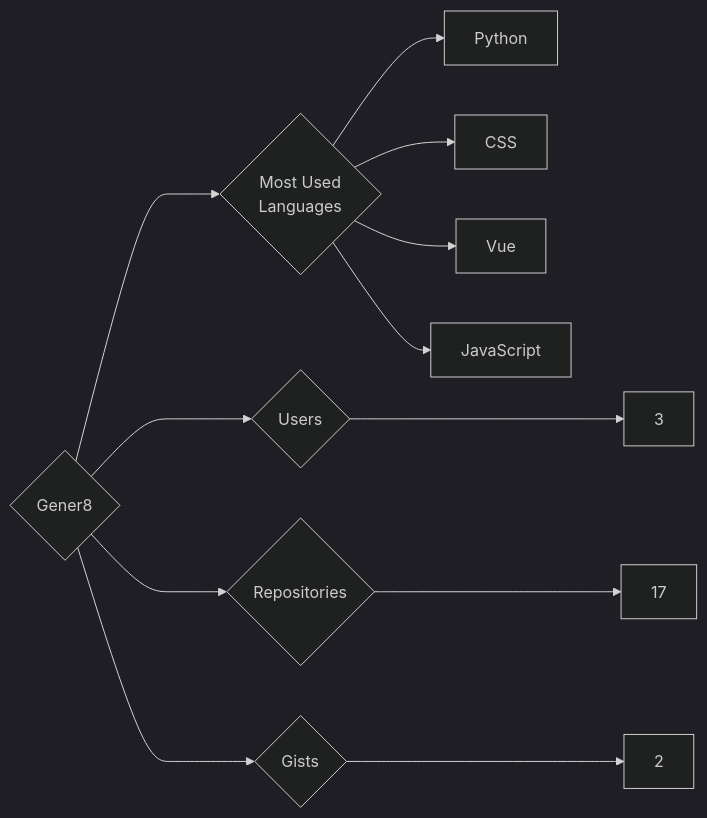
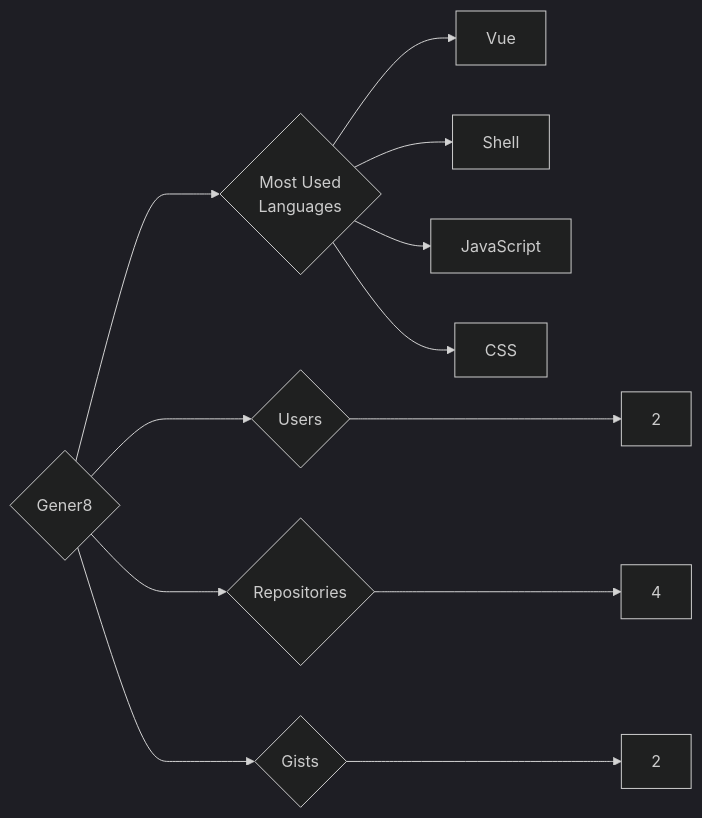
One commit to trickest/insiders changed the diagram in targets/Gener8/README.md. Above: the diagram before and after it, drawn with Mermaid (dark theme). The commit also changed 1023 other files, not shown here.

````diff
--- a/targets/Gener8/README.md
+++ b/targets/Gener8/README.md
@@ -3,12 +3,12 @@
 ```mermaid
 graph LR
 COMPANY_NAME{Gener8}
-COMPANY_NAME ---> U{Users} ---> UN[3]
-COMPANY_NAME ---> R{Repositories} ---> RN[17]
+COMPANY_NAME ---> U{Users} ---> UN[2]
+COMPANY_NAME ---> R{Repositories} ---> RN[4]
 COMPANY_NAME ---> G{Gists} ---> GN[2]
 COMPANY_NAME ---> ML{Most Used<br>Languages}
-ML --> Python[Python]
+ML --> Vue[Vue]
+ML --> Shell[Shell]
+ML --> JavaScript[JavaScript]
 ML --> CSS[CSS]
-ML --> Vue[Vue]
-ML --> JavaScript[JavaScript]
 ```
````
